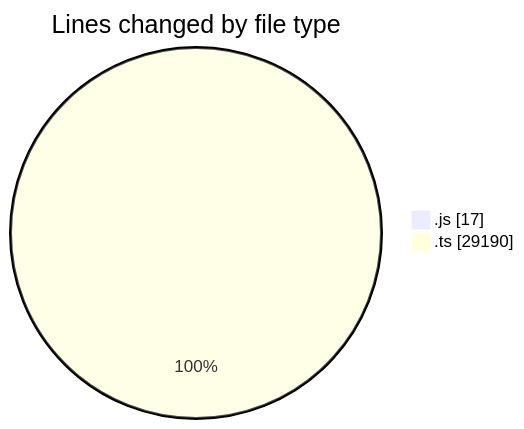
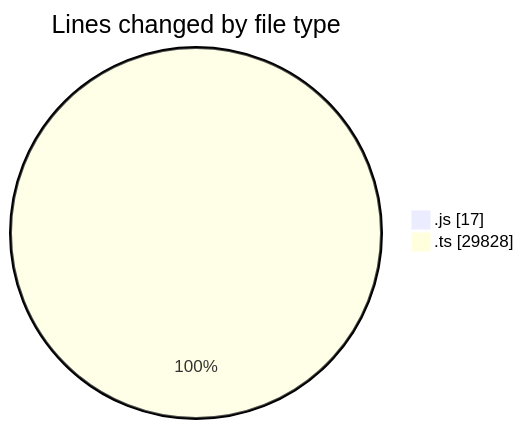
One commit to momahboobian/code-tracking changed the first of 2 diagrams in 2026-07-27/cda/README.md. Above: the diagram before and after it, drawn with Mermaid. The commit also changed other lines of this file and 1 other file, not shown here.

````diff
--- a/2026-07-27/cda/README.md
+++ b/2026-07-27/cda/README.md
@@ -22,6 +24,6 @@
 ```mermaid
 pie showData
 title Lines changed by file type
 ".js" : 17
-".ts" : 29190
+".ts" : 29828
 ```
````
